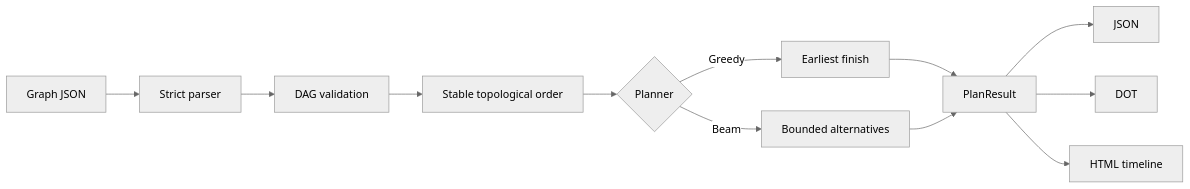
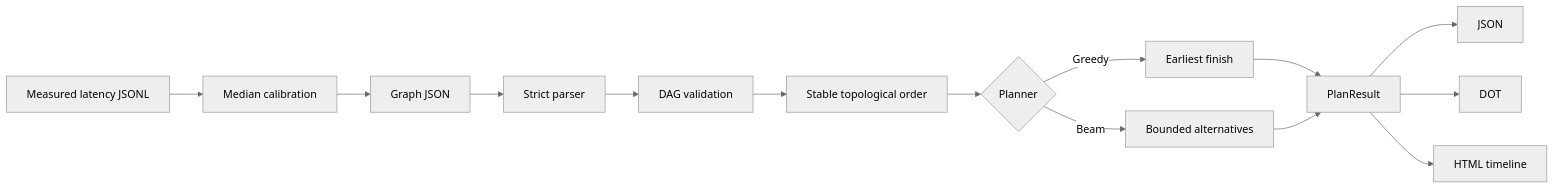
One commit to appleweiping/graph-sail changed the diagram in docs/architecture.md. Above: the diagram before and after it, drawn with Mermaid (neutral theme). The commit also changed other lines of this file and 28 other files, not shown here.

First line of the commit message:
Release 0.2.0: latency calibration, benchmarks, and defensive models

````diff
--- a/docs/architecture.md
+++ b/docs/architecture.md
@@ -7,14 +7,16 @@
 ```mermaid
 flowchart LR
     A[Graph JSON] --> B[Strict parser]
     B --> C[DAG validation]
     C --> D[Stable topological order]
     D --> E{Planner}
     E -->|Greedy| F[Earliest finish]
     E -->|Beam| G[Bounded alternatives]
     F --> H[PlanResult]
     G --> H
     H --> I[JSON]
     H --> J[DOT]
     H --> K[HTML timeline]
+    L[Measured latency JSONL] --> M[Median calibration]
+    M --> A
 ```
````
